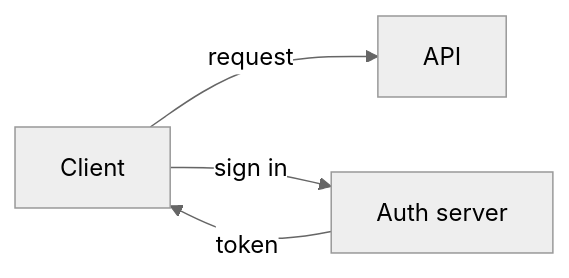
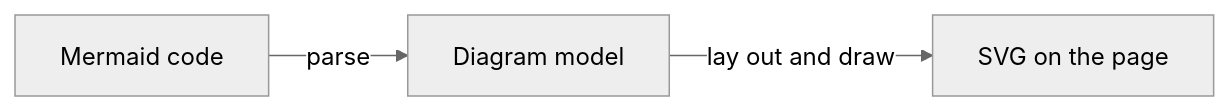
One commit to dkdev24/pele-animate changed the first of 2 diagrams in README.md. Above: the diagram before and after it, drawn with Mermaid (neutral theme). The commit also changed other lines of this file and 14 other files, not shown here.

````diff
--- a/README.md
+++ b/README.md
@@ -85,6 +87,4 @@
 ```mermaid
 flowchart LR
-  A[Client] -->|request| B[API]
-  A -->|sign in| C[Auth server]
-  C -->|token| A
+  A[Mermaid code] -->|parse| B[Diagram model] -->|lay out and draw| C[SVG on the page]
 ```
````
